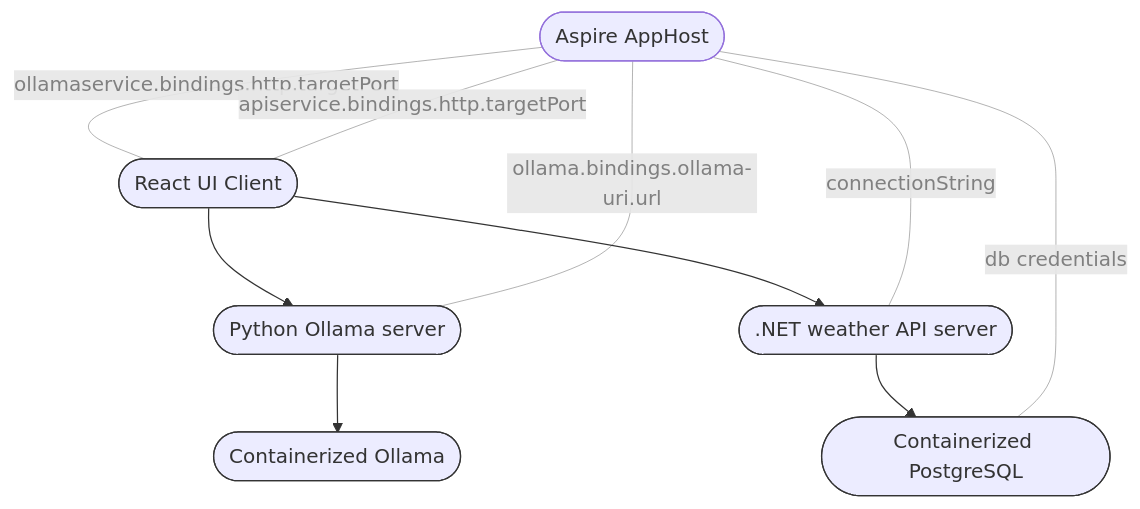
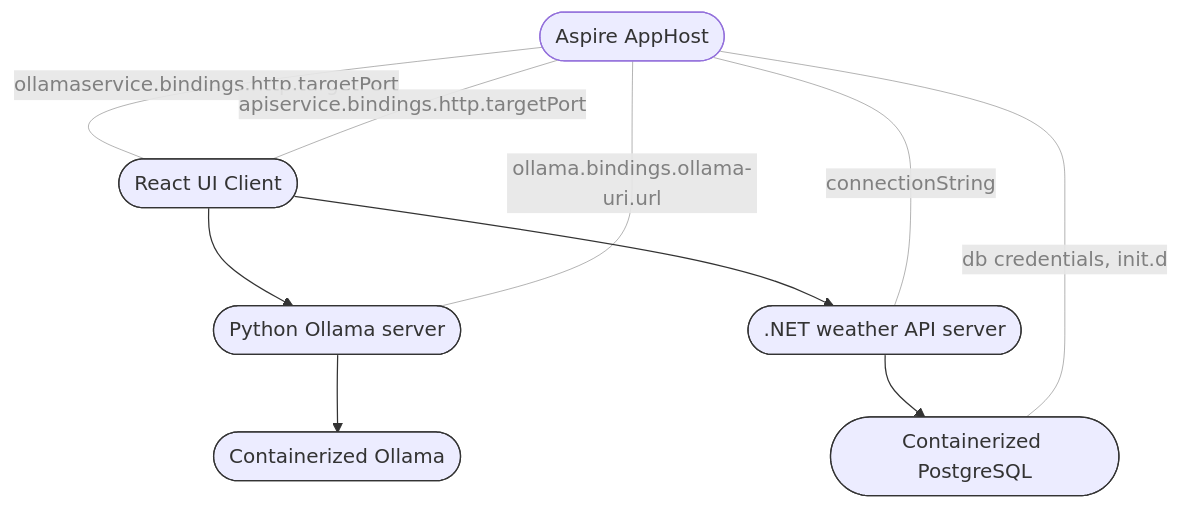
The diagram in _posts/2024-07-31-azure-aspire-with-containerized-ollama.md (CynicDog/CynicDog.github.io), drawn with Mermaid before and after one commit.

````diff
--- a/_posts/2024-07-31-azure-aspire-with-containerized-ollama.md
+++ b/_posts/2024-07-31-azure-aspire-with-containerized-ollama.md
@@ -26,18 +26,18 @@
 ``` mermaid
 flowchart TD
     
     A([React UI Client]) --> B([Python Ollama server])
     B --> E([Containerized Ollama])
     A --> C([.NET weather API server])
     C --> D([Containerized PostgreSQL])
     F([Aspire AppHost]) --- |ollamaservice.bindings.http.targetPort| A
     F --- |apiservice.bindings.http.targetPort| A
     F --- |connectionString| C
     F --- |ollama.bindings.ollama-uri.url| B
-    F --- |db credentials| D
+    F --- |db credentials, init.d| D
      
     classDef container stroke:#333,stroke-width:1px;
     class A,B,C,D,E container;
 
     linkStyle 4,5,6,7,8 stroke-width:.3px,color:grey;
 ```
````
